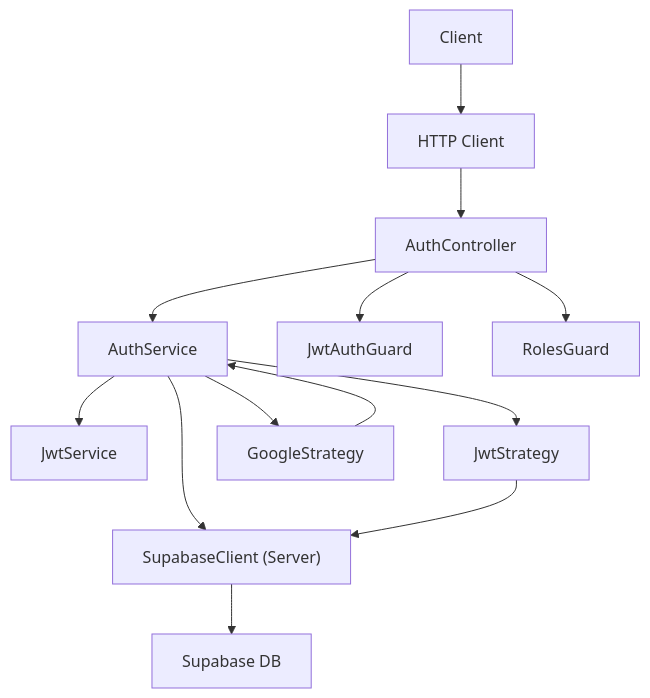
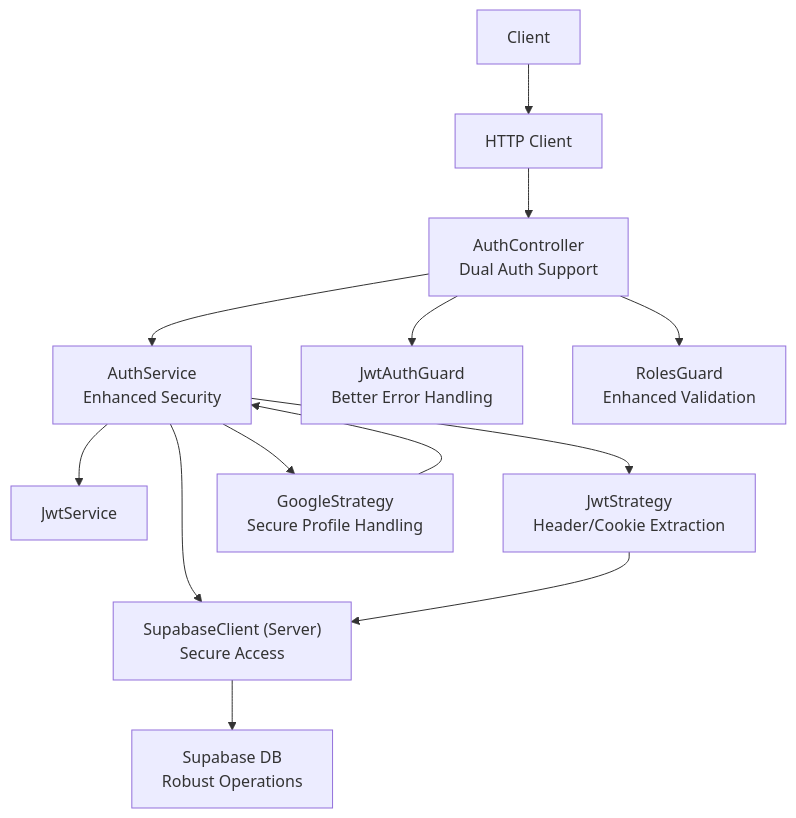
The second of 8 diagrams in .qoder/repowiki/en/content/Backend Architecture/Authentication System/Authentication System.md (devonxjz/MissLost), drawn with Mermaid before and after one commit. The commit also changed other lines of this file and 12 other files, not shown here.

````diff
--- a/.qoder/repowiki/en/content/Backend Architecture/Authentication System/Authentication System.md
+++ b/.qoder/repowiki/en/content/Backend Architecture/Authentication System/Authentication System.md
@@ -157,26 +165,26 @@
 ```mermaid
 graph TB
 C["Client"]
 HC["HTTP Client"]
-AC["AuthController"]
-AS["AuthService"]
+AC["AuthController<br/>Dual Auth Support"]
+AS["AuthService<br/>Enhanced Security"]
 JS["JwtService"]
-JWTSt["JwtStrategy"]
-GSt["GoogleStrategy"]
-JAG["JwtAuthGuard"]
-RG["RolesGuard"]
-SC["SupabaseClient (Server)"]
-DB["Supabase DB"]
+JWTSt["JwtStrategy<br/>Header/Cookie Extraction"]
+GSt["GoogleStrategy<br/>Secure Profile Handling"]
+JAG["JwtAuthGuard<br/>Better Error Handling"]
+RG["RolesGuard<br/>Enhanced Validation"]
+SC["SupabaseClient (Server)<br/>Secure Access"]
+DB["Supabase DB<br/>Robust Operations"]
 C --> HC
 HC --> AC
 AC --> AS
 AS --> JS
 AC --> JAG
 AC --> RG
 AS --> JWTSt
 AS --> GSt
 AS --> SC
 SC --> DB
 JWTSt --> SC
 GSt --> AS
 ```
````
